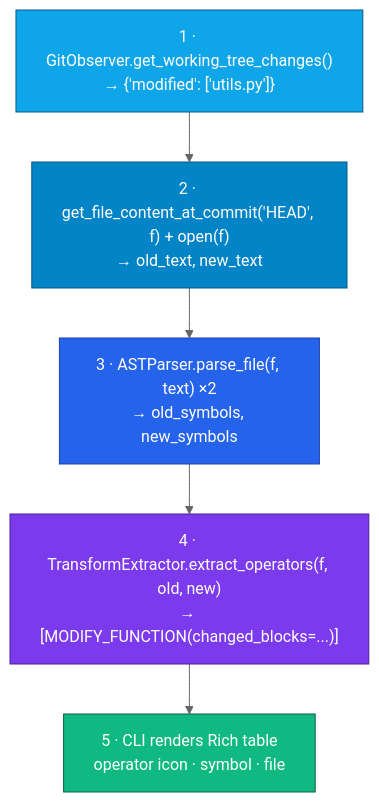
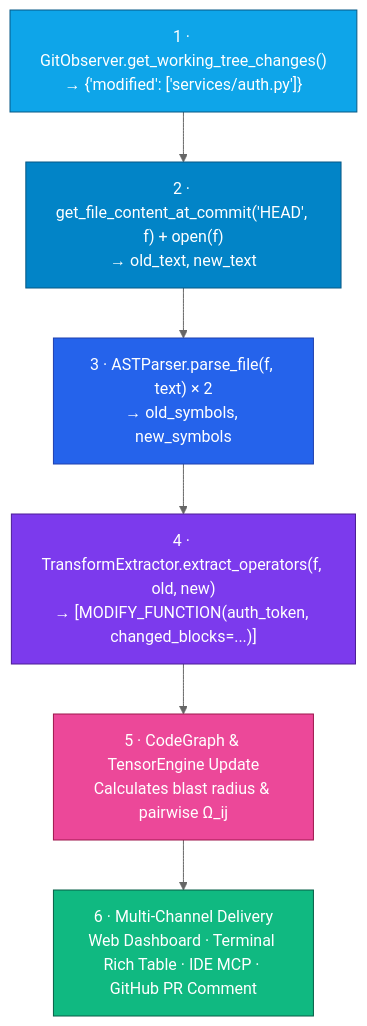
The second of 3 diagrams in docs/IO & VIZ.md (Sarthak2233/GDSS), drawn with Mermaid (neutral theme) before and after one commit. The commit also changed other lines of this file and 330 other files, not shown here.

````diff
--- a/docs/IO & VIZ.md
+++ b/docs/IO & VIZ.md
@@ -172,16 +234,18 @@
 ```mermaid
 flowchart TB
-    S1["1 · GitObserver.get_working_tree_changes()<br>→ {'modified': ['utils.py']}"]
+    S1["1 · GitObserver.get_working_tree_changes()<br>→ {'modified': ['services/auth.py']}"]
     S2["2 · get_file_content_at_commit('HEAD', f) + open(f)<br>→ old_text, new_text"]
-    S3["3 · ASTParser.parse_file(f, text) ×2<br>→ old_symbols, new_symbols"]
-    S4["4 · TransformExtractor.extract_operators(f, old, new)<br>→ [MODIFY_FUNCTION(changed_blocks=...)]"]
-    S5["5 · CLI renders Rich table<br>operator icon · symbol · file"]
+    S3["3 · ASTParser.parse_file(f, text) × 2<br>→ old_symbols, new_symbols"]
+    S4["4 · TransformExtractor.extract_operators(f, old, new)<br>→ [MODIFY_FUNCTION(auth_token, changed_blocks=...)]"]
+    S5["5 · CodeGraph & TensorEngine Update<br>Calculates blast radius & pairwise Ω_ij"]
+    S6["6 · Multi-Channel Delivery<br>Web Dashboard · Terminal Rich Table · IDE MCP · GitHub PR Comment"]
 
-    S1 --> S2 --> S3 --> S4 --> S5
+    S1 --> S2 --> S3 --> S4 --> S5 --> S6
 
     style S1 fill:#0ea5e9,stroke:#075985,color:#fff
     style S2 fill:#0284c7,stroke:#075985,color:#fff
     style S3 fill:#2563eb,stroke:#1e40af,color:#fff
     style S4 fill:#7c3aed,stroke:#4c1d95,color:#fff
-    style S5 fill:#10b981,stroke:#065f46,color:#fff
+    style S5 fill:#ec4899,stroke:#9d174d,color:#fff
+    style S6 fill:#10b981,stroke:#065f46,color:#fff
 ```
````
